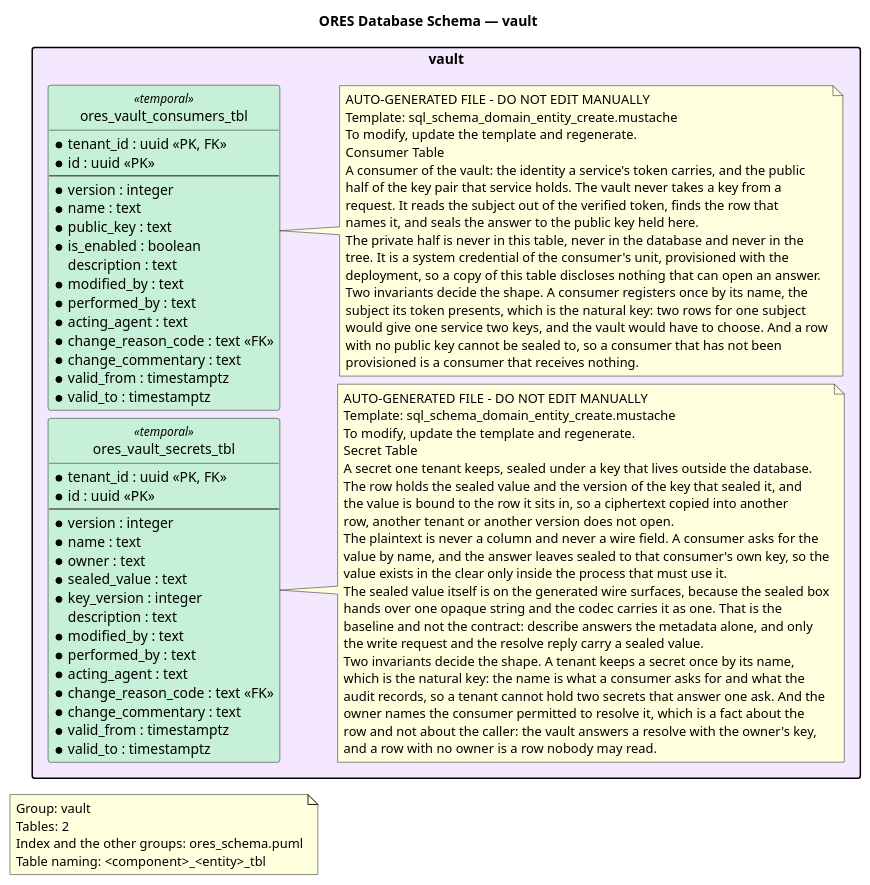
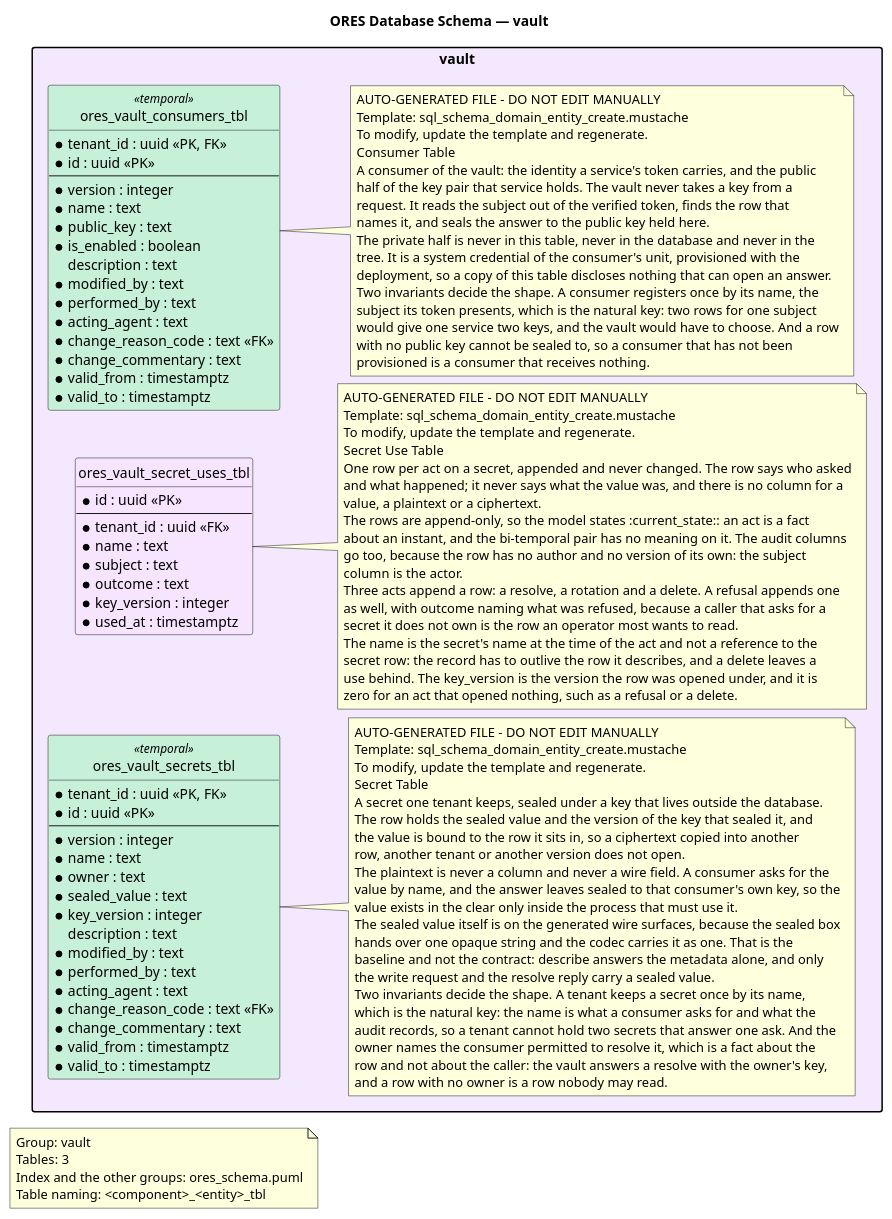
The diagram in projects/ores.sql/modeling/ores_schema.vault.puml (OreStudio/OreStudio), drawn with PlantUML before and after one commit. The commit also changed 46 other files, not shown here.

First line of the commit message:
[vault] Record every act on a secret

```diff
--- a/projects/ores.sql/modeling/ores_schema.vault.puml
+++ b/projects/ores.sql/modeling/ores_schema.vault.puml
@@ -21,114 +21,146 @@
 @startuml
 
 title ORES Database Schema — vault
 hide circle
 skinparam linetype ortho
 
 ' Layout: left-to-right stacks packages vertically
 left to right direction
 skinparam packageStyle rectangle
 skinparam nodesep 8
 skinparam ranksep 20
 
 note as GroupNote
 Group: vault
-Tables: 2
+Tables: 3
 Index and the other groups: ores_schema.puml
 Table naming: <component>_<entity>_tbl
 end note
 
 '
 ' ==================== vault (Vault — Secret Custody) ====================
 '
 package "vault" #F3E8FD {
     entity ores_vault_consumers_tbl <<temporal>> #C6F0D8 {
         * tenant_id : uuid <<PK, FK>>
         * id : uuid <<PK>>
         --
         * version : integer
         * name : text
         * public_key : text
         * is_enabled : boolean
           description : text
         * modified_by : text
         * performed_by : text
         * acting_agent : text
         * change_reason_code : text <<FK>>
         * change_commentary : text
         * valid_from : timestamptz
         * valid_to : timestamptz
     }
 
     note right of ores_vault_consumers_tbl
     AUTO-GENERATED FILE - DO NOT EDIT MANUALLY
     Template: sql_schema_domain_entity_create.mustache
     To modify, update the template and regenerate.
     Consumer Table
     A consumer of the vault: the identity a service's token carries, and the public
     half of the key pair that service holds. The vault never takes a key from a
     request. It reads the subject out of the verified token, finds the row that
     names it, and seals the answer to the public key held here.
     The private half is never in this table, never in the database and never in the
     tree. It is a system credential of the consumer's unit, provisioned with the
     deployment, so a copy of this table discloses nothing that can open an answer.
     Two invariants decide the shape. A consumer registers once by its name, the
     subject its token presents, which is the natural key: two rows for one subject
     would give one service two keys, and the vault would have to choose. And a row
     with no public key cannot be sealed to, so a consumer that has not been
     provisioned is a consumer that receives nothing.
+    end note
+
+    entity ores_vault_secret_uses_tbl  #F7E5FF {
+        * id : uuid <<PK>>
+        --
+        * tenant_id : uuid <<FK>>
+        * name : text
+        * subject : text
+        * outcome : text
+        * key_version : integer
+        * used_at : timestamptz
+    }
+
+    note right of ores_vault_secret_uses_tbl
+    AUTO-GENERATED FILE - DO NOT EDIT MANUALLY
+    Template: sql_schema_domain_entity_create.mustache
+    To modify, update the template and regenerate.
+    Secret Use Table
+    One row per act on a secret, appended and never changed. The row says who asked
+    and what happened; it never says what the value was, and there is no column for a
+    value, a plaintext or a ciphertext.
+    The rows are append-only, so the model states :current_state:: an act is a fact
+    about an instant, and the bi-temporal pair has no meaning on it. The audit columns
+    go too, because the row has no author and no version of its own: the subject
+    column is the actor.
+    Three acts append a row: a resolve, a rotation and a delete. A refusal appends one
+    as well, with outcome naming what was refused, because a caller that asks for a
+    secret it does not own is the row an operator most wants to read.
+    The name is the secret's name at the time of the act and not a reference to the
+    secret row: the record has to outlive the row it describes, and a delete leaves a
+    use behind. The key_version is the version the row was opened under, and it is
+    zero for an act that opened nothing, such as a refusal or a delete.
     end note
 
     entity ores_vault_secrets_tbl <<temporal>> #C6F0D8 {
         * tenant_id : uuid <<PK, FK>>
         * id : uuid <<PK>>
         --
         * version : integer
         * name : text
         * owner : text
         * sealed_value : text
         * key_version : integer
           description : text
         * modified_by : text
         * performed_by : text
         * acting_agent : text
         * change_reason_code : text <<FK>>
         * change_commentary : text
         * valid_from : timestamptz
         * valid_to : timestamptz
     }
 
     note right of ores_vault_secrets_tbl
     AUTO-GENERATED FILE - DO NOT EDIT MANUALLY
     Template: sql_schema_domain_entity_create.mustache
     To modify, update the template and regenerate.
     Secret Table
     A secret one tenant keeps, sealed under a key that lives outside the database.
     The row holds the sealed value and the version of the key that sealed it, and
     the value is bound to the row it sits in, so a ciphertext copied into another
     row, another tenant or another version does not open.
     The plaintext is never a column and never a wire field. A consumer asks for the
     value by name, and the answer leaves sealed to that consumer's own key, so the
     value exists in the clear only inside the process that must use it.
     The sealed value itself is on the generated wire surfaces, because the sealed box
     hands over one opaque string and the codec carries it as one. That is the
     baseline and not the contract: describe answers the metadata alone, and only
     the write request and the resolve reply carry a sealed value.
     Two invariants decide the shape. A tenant keeps a secret once by its name,
     which is the natural key: the name is what a consumer asks for and what the
     audit records, so a tenant cannot hold two secrets that answer one ask. And the
     owner names the consumer permitted to resolve it, which is a fact about the
     row and not about the caller: the vault answers a resolve with the owner's key,
     and a row with no owner is a row nobody may read.
     end note
 
 }
 
 
 '
 ' ==================== Relationships ====================
 '
 
 ' Local Variables:
 ' compile-command: "java -Djava.awt.headless=true -DPLANTUML_LIMIT_SIZE=131072 -jar /usr/share/plantuml/plantuml.jar ores_schema.vault.puml"
 ' End:
 @enduml
```
